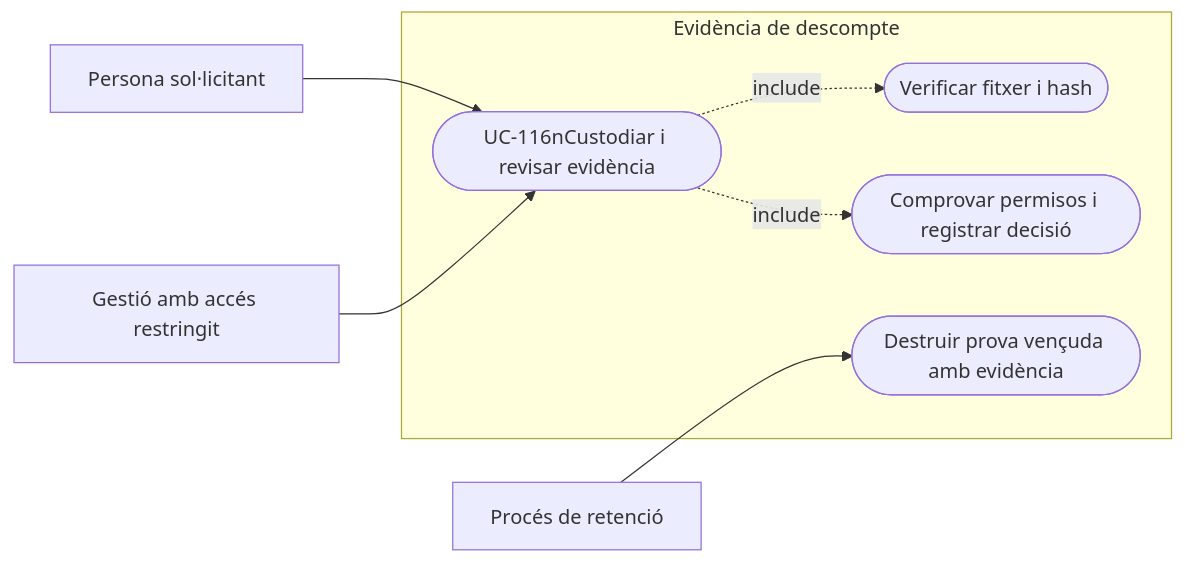
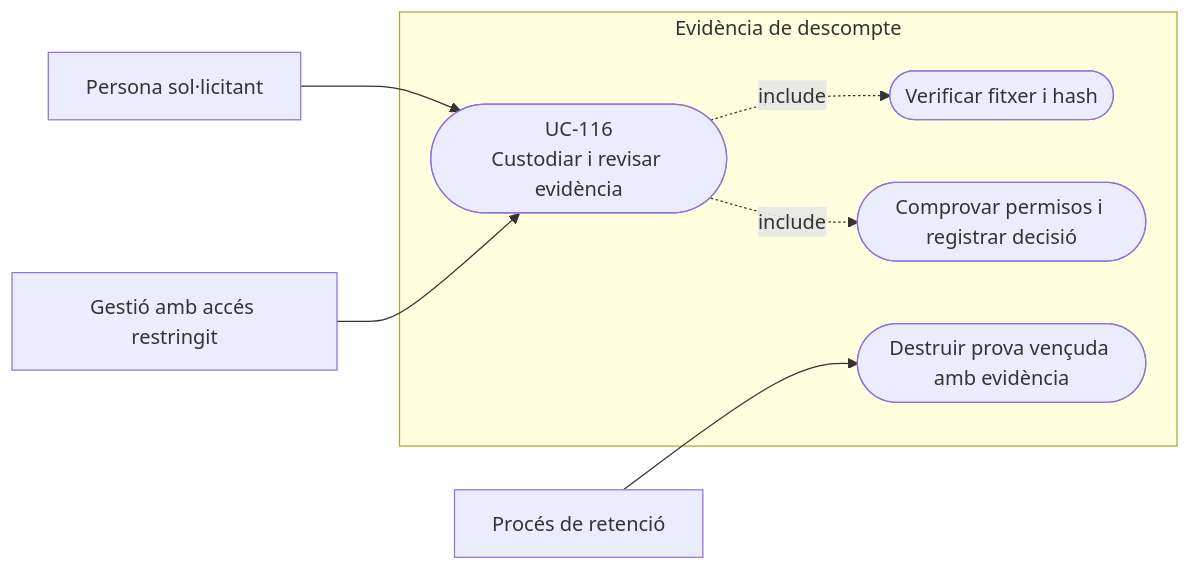
One commit to orgmeriemprismacat-del/verifactu changed the second of 4 diagrams in documentacio/07-uml-integrat/uc-116-custodiar-evidencies-descompte.md. Above: the diagram before and after it, drawn with Mermaid.

Commit message:
docs(uml): corregir salts Mermaid UC-116

````diff
--- a/documentacio/07-uml-integrat/uc-116-custodiar-evidencies-descompte.md
+++ b/documentacio/07-uml-integrat/uc-116-custodiar-evidencies-descompte.md
@@ -83,17 +83,17 @@
 ```mermaid
 flowchart LR
   a_0["Persona sol·licitant"]
   a_1["Gestió amb accés restringit"]
   a_2["Procés de retenció"]
   subgraph SIF_BOUNDARY["Evidència de descompte"]
-    u_0(["UC-116nCustodiar i revisar evidència"])
+    u_0(["UC-116<br/>Custodiar i revisar evidència"])
     u_1(["Verificar fitxer i hash"])
     u_2(["Comprovar permisos i registrar decisió"])
     u_3(["Destruir prova vençuda amb evidència"])
   end
   a_0 --> u_0
   a_1 --> u_0
   a_2 --> u_3
   u_0 -.->|include| u_1
   u_0 -.->|include| u_2
 ```
````
